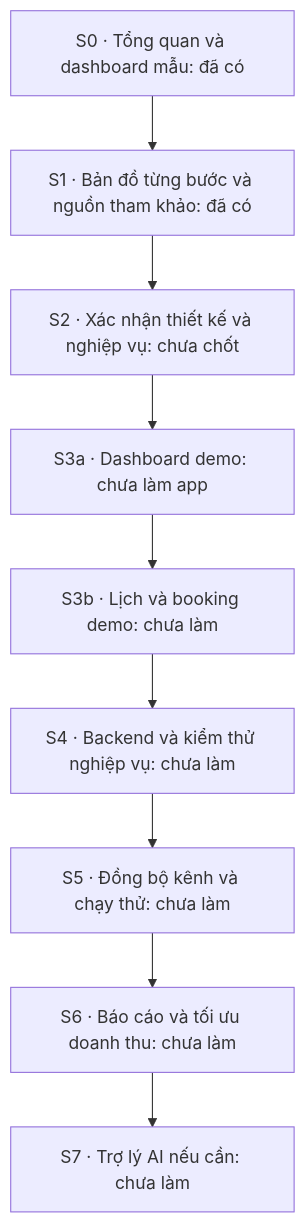
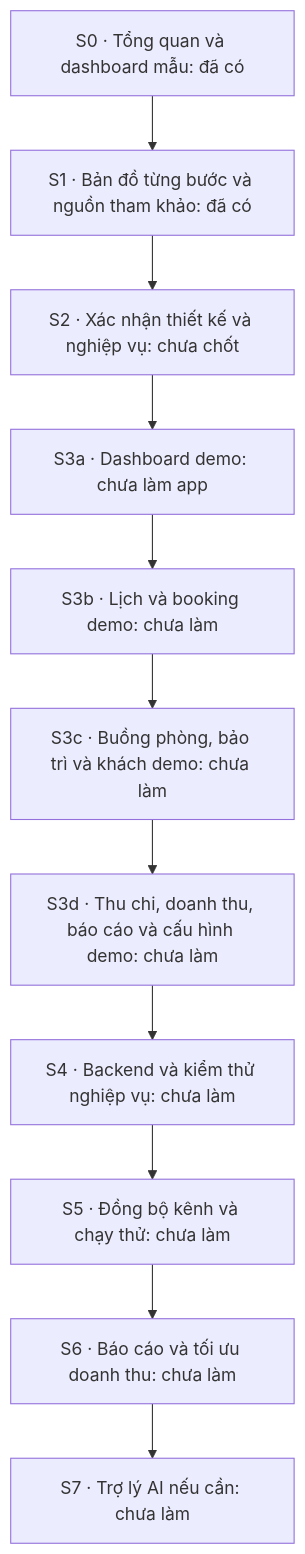
One commit to utne1991/utne1991 changed the diagram in resort-management/docs/IMPLEMENTATION-STEPS.md. Above: the diagram before and after it, drawn with Mermaid. The commit also changed other lines of this file and 15 other files, not shown here.

````diff
--- a/resort-management/docs/IMPLEMENTATION-STEPS.md
+++ b/resort-management/docs/IMPLEMENTATION-STEPS.md
@@ -7,11 +7,13 @@
 ```mermaid
 flowchart TD
     S0["S0 · Tổng quan và dashboard mẫu: đã có"] --> S1["S1 · Bản đồ từng bước và nguồn tham khảo: đã có"]
     S1 --> S2["S2 · Xác nhận thiết kế và nghiệp vụ: chưa chốt"]
     S2 --> S3A["S3a · Dashboard demo: chưa làm app"]
     S3A --> S3B["S3b · Lịch và booking demo: chưa làm"]
-    S3B --> S4["S4 · Backend và kiểm thử nghiệp vụ: chưa làm"]
+    S3B --> S3C["S3c · Buồng phòng, bảo trì và khách demo: chưa làm"]
+    S3C --> S3D["S3d · Thu chi, doanh thu, báo cáo và cấu hình demo: chưa làm"]
+    S3D --> S4["S4 · Backend và kiểm thử nghiệp vụ: chưa làm"]
     S4 --> S5["S5 · Đồng bộ kênh và chạy thử: chưa làm"]
     S5 --> S6["S6 · Báo cáo và tối ưu doanh thu: chưa làm"]
     S6 --> S7["S7 · Trợ lý AI nếu cần: chưa làm"]
 ```
````
